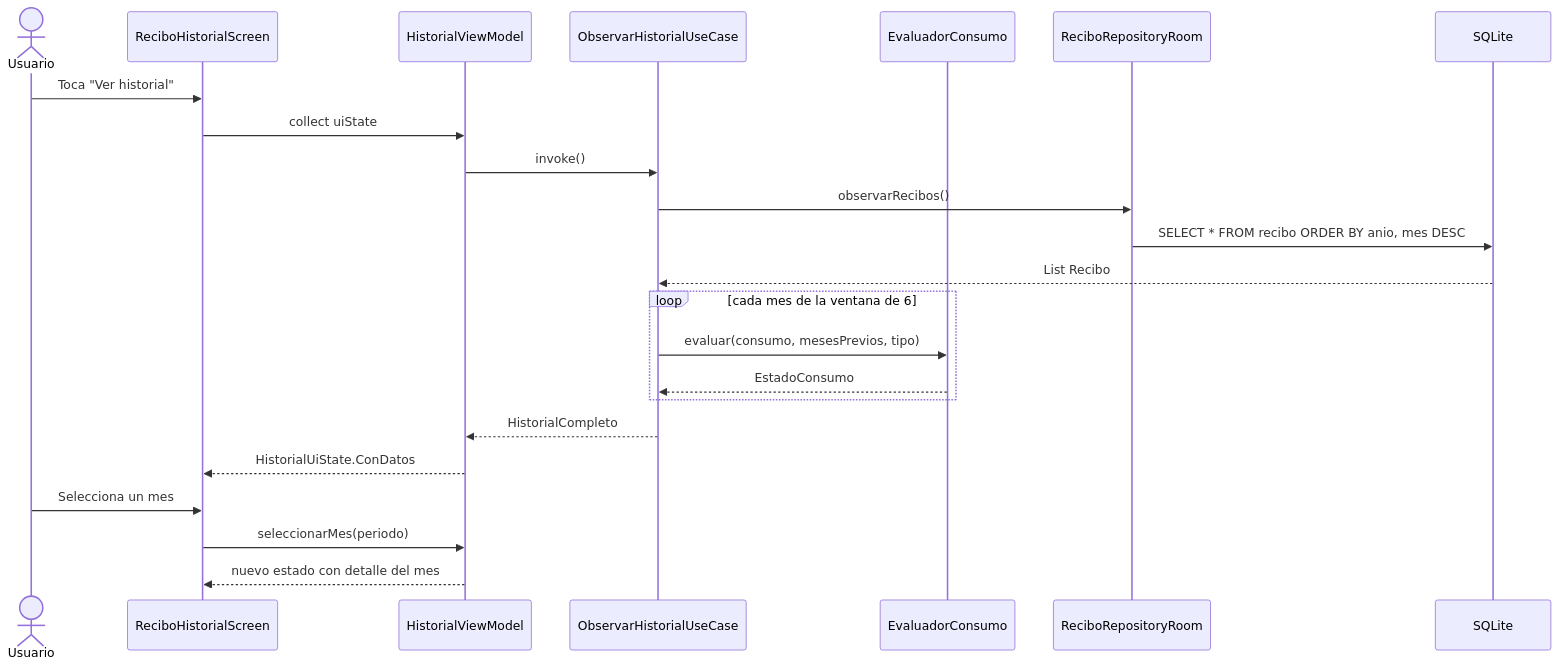
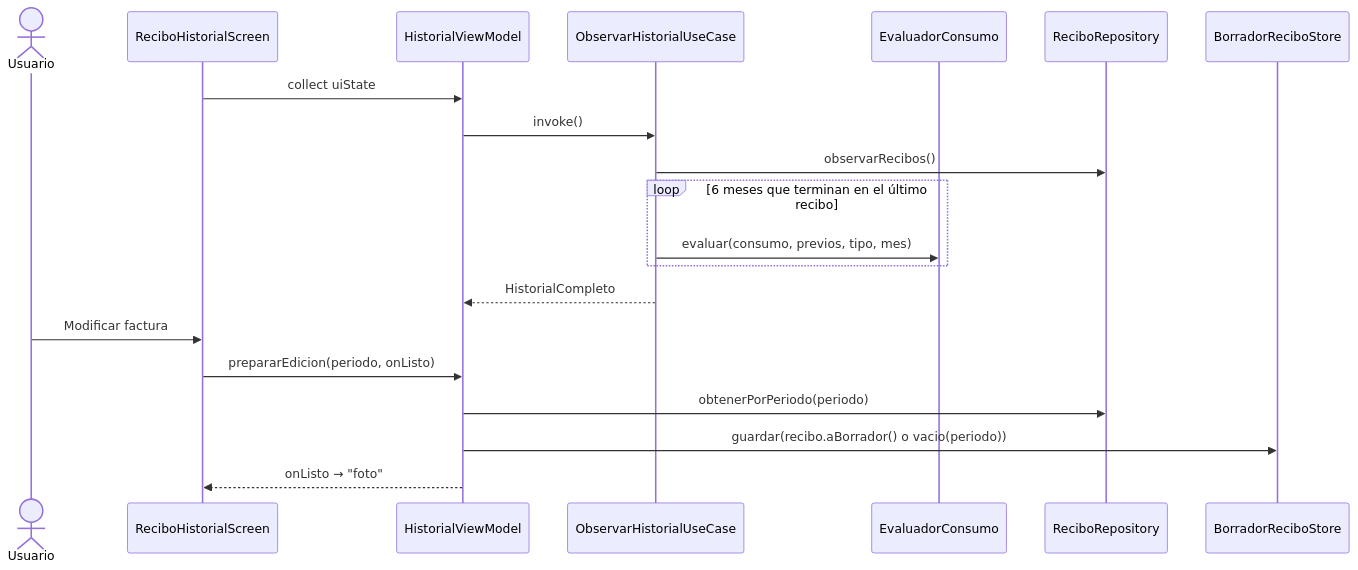
One commit to IkerASierraR/pruebas_antitodo changed the fifth of 10 diagrams in informacionRecibo.md. Above: the diagram before and after it, drawn with Mermaid. The commit also changed other lines of this file, not shown here.

````diff
--- a/informacionRecibo.md
+++ b/informacionRecibo.md
@@ -465,26 +440,23 @@
 ```mermaid
 sequenceDiagram
     actor U as Usuario
     participant HS as ReciboHistorialScreen
     participant HVM as HistorialViewModel
     participant OH as ObservarHistorialUseCase
     participant EV as EvaluadorConsumo
-    participant REP as ReciboRepositoryRoom
-    participant DB as SQLite
+    participant REP as ReciboRepository
+    participant BS as BorradorReciboStore
 
-    U->>HS: Toca "Ver historial"
     HS->>HVM: collect uiState
     HVM->>OH: invoke()
     OH->>REP: observarRecibos()
-    REP->>DB: SELECT * FROM recibo ORDER BY anio, mes DESC
-    DB-->>OH: List Recibo
-    loop cada mes de la ventana de 6
-        OH->>EV: evaluar(consumo, mesesPrevios, tipo)
-        EV-->>OH: EstadoConsumo
+    loop 6 meses que terminan en el último recibo
+        OH->>EV: evaluar(consumo, previos, tipo, mes)
     end
     OH-->>HVM: HistorialCompleto
-    HVM-->>HS: HistorialUiState.ConDatos
-    U->>HS: Selecciona un mes
-    HS->>HVM: seleccionarMes(periodo)
-    HVM-->>HS: nuevo estado con detalle del mes
+    U->>HS: Modificar factura
+    HS->>HVM: prepararEdicion(periodo, onListo)
+    HVM->>REP: obtenerPorPeriodo(periodo)
+    HVM->>BS: guardar(recibo.aBorrador() o vacio(periodo))
+    HVM-->>HS: onListo → "foto"
 ```
````
